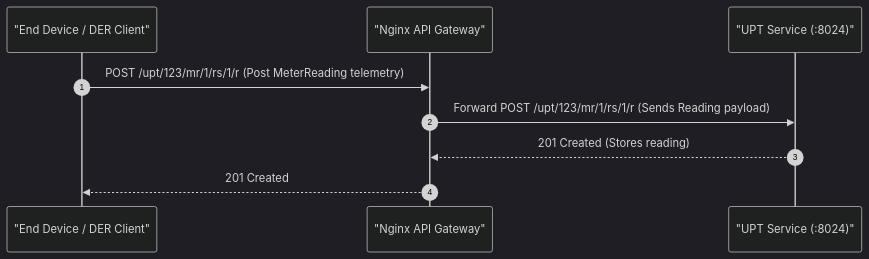
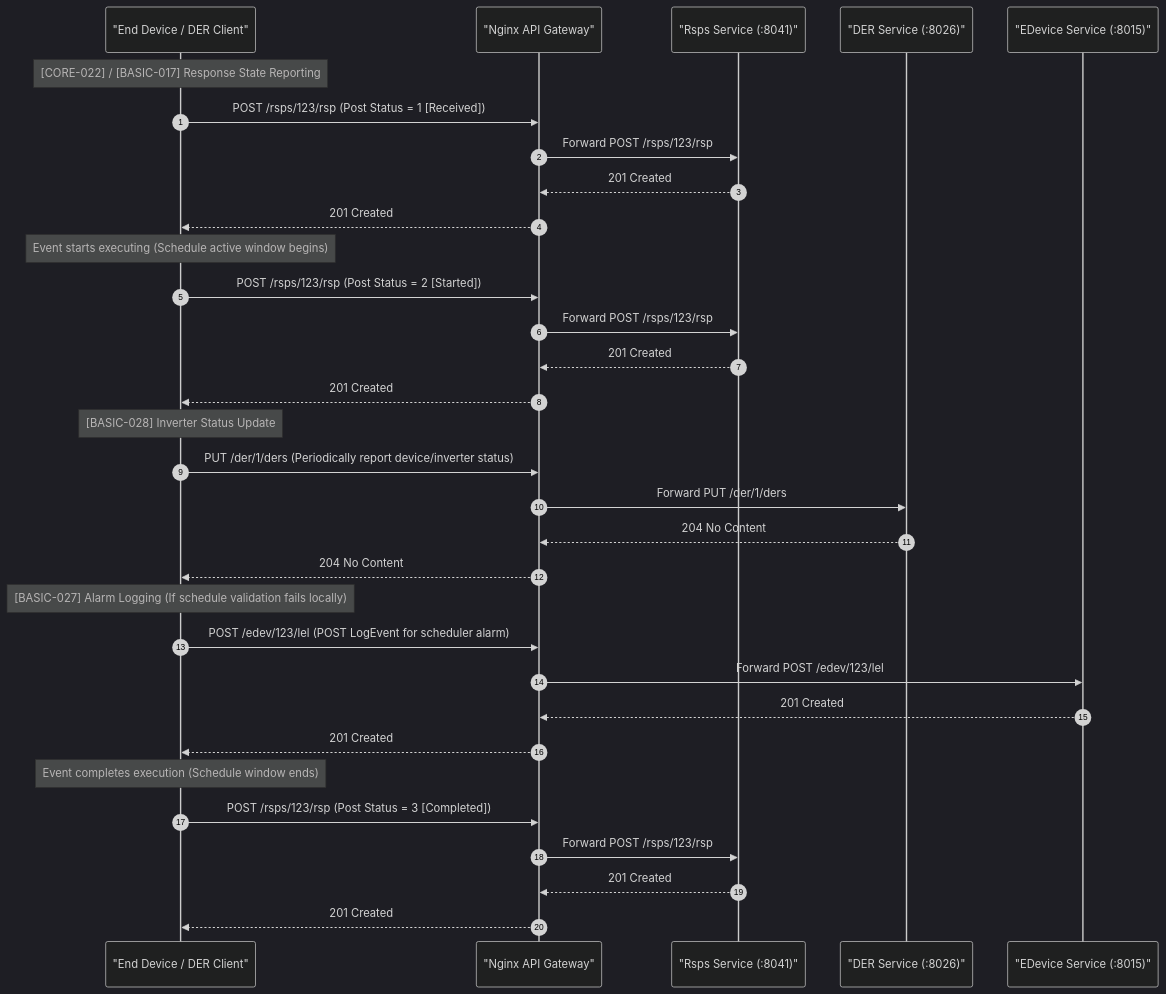
One commit to Tylores/egot changed the fifth of 6 diagrams in lifecycles/energy_scheduling.md. Above: the diagram before and after it, drawn with Mermaid (dark theme). The commit also changed other lines of this file and 68 other files, not shown here.

Commit message:
refactor: migrate to microservices architecture, add validation tools and scenario tests

````diff
--- a/lifecycles/energy_scheduling.md
+++ b/lifecycles/energy_scheduling.md
@@ -83,12 +123,39 @@
 ```mermaid
 sequenceDiagram
     autonumber
     participant Client as "End Device / DER Client"
     participant GW as "Nginx API Gateway"
-    participant UPT as "UPT Service (:8024)"
+    participant RSPS as "Rsps Service (:8041)"
+    participant DER as "DER Service (:8026)"
+    participant EDev as "EDevice Service (:8015)"
 
-    Client->>GW: POST /upt/123/mr/1/rs/1/r (Post MeterReading telemetry)
-    GW->>UPT: Forward POST /upt/123/mr/1/rs/1/r (Sends Reading payload)
-    UPT-->>GW: 201 Created (Stores reading)
+    Note over Client: [CORE-022] / [BASIC-017] Response State Reporting
+    Client->>GW: POST /rsps/123/rsp (Post Status = 1 [Received])
+    GW->>RSPS: Forward POST /rsps/123/rsp
+    RSPS-->>GW: 201 Created
+    GW-->>Client: 201 Created
+
+    Note over Client: Event starts executing (Schedule active window begins)
+    Client->>GW: POST /rsps/123/rsp (Post Status = 2 [Started])
+    GW->>RSPS: Forward POST /rsps/123/rsp
+    RSPS-->>GW: 201 Created
+    GW-->>Client: 201 Created
+
+    Note over Client: [BASIC-028] Inverter Status Update
+    Client->>GW: PUT /der/1/ders (Periodically report device/inverter status)
+    GW->>DER: Forward PUT /der/1/ders
+    DER-->>GW: 204 No Content
+    GW-->>Client: 204 No Content
+
+    Note over Client: [BASIC-027] Alarm Logging (If schedule validation fails locally)
+    Client->>GW: POST /edev/123/lel (POST LogEvent for scheduler alarm)
+    GW->>EDev: Forward POST /edev/123/lel
+    EDev-->>GW: 201 Created
+    GW-->>Client: 201 Created
+
+    Note over Client: Event completes execution (Schedule window ends)
+    Client->>GW: POST /rsps/123/rsp (Post Status = 3 [Completed])
+    GW->>RSPS: Forward POST /rsps/123/rsp
+    RSPS-->>GW: 201 Created
     GW-->>Client: 201 Created
 ```
````
